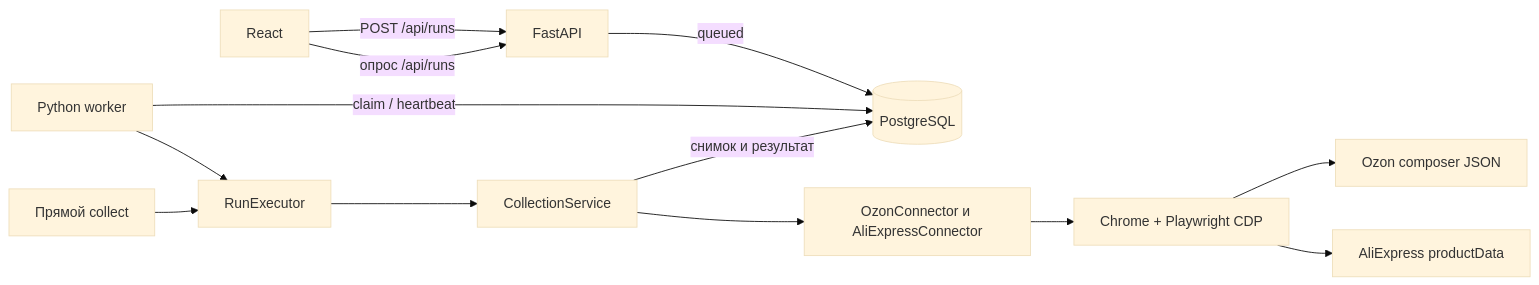
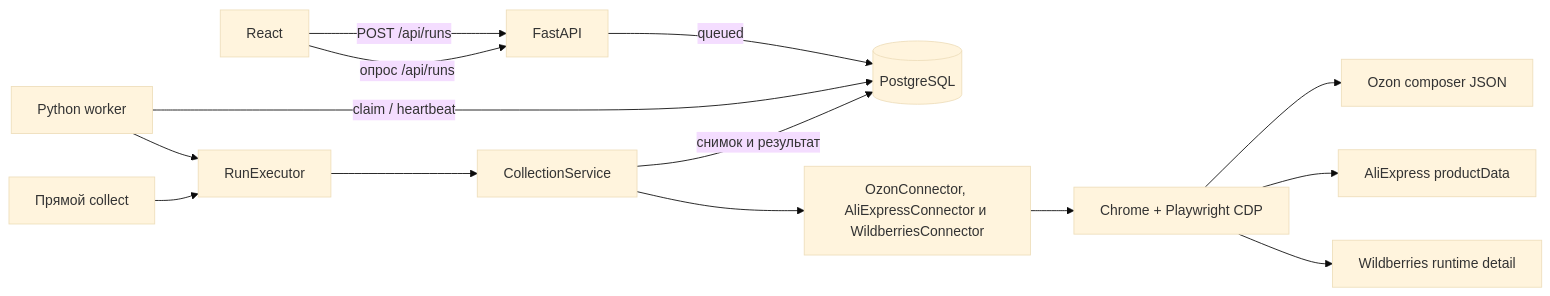
The diagram in docs/architecture/overview.md (TheStorm13/price-watch), drawn with Mermaid (base theme) before and after one commit. The commit also changed other lines of this file and 62 other files, not shown here.

````diff
--- a/docs/architecture/overview.md
+++ b/docs/architecture/overview.md
@@ -38,15 +38,16 @@
 ```mermaid
 flowchart LR
     UI[React] -->|POST /api/runs| API[FastAPI]
     API -->|queued| DB[(PostgreSQL)]
     Worker[Python worker] -->|claim / heartbeat| DB
     Worker --> Runner[RunExecutor]
     CLI[Прямой collect] --> Runner
     Runner --> Service[CollectionService]
-    Service --> Connector[OzonConnector и AliExpressConnector]
+    Service --> Connector[OzonConnector, AliExpressConnector и WildberriesConnector]
     Connector --> Chrome[Chrome + Playwright CDP]
     Chrome --> Ozon[Ozon composer JSON]
     Chrome --> Ali[AliExpress productData]
+    Chrome --> WB[Wildberries runtime detail]
     Service -->|снимок и результат| DB
     UI -->|опрос /api/runs| API
 ```
````
